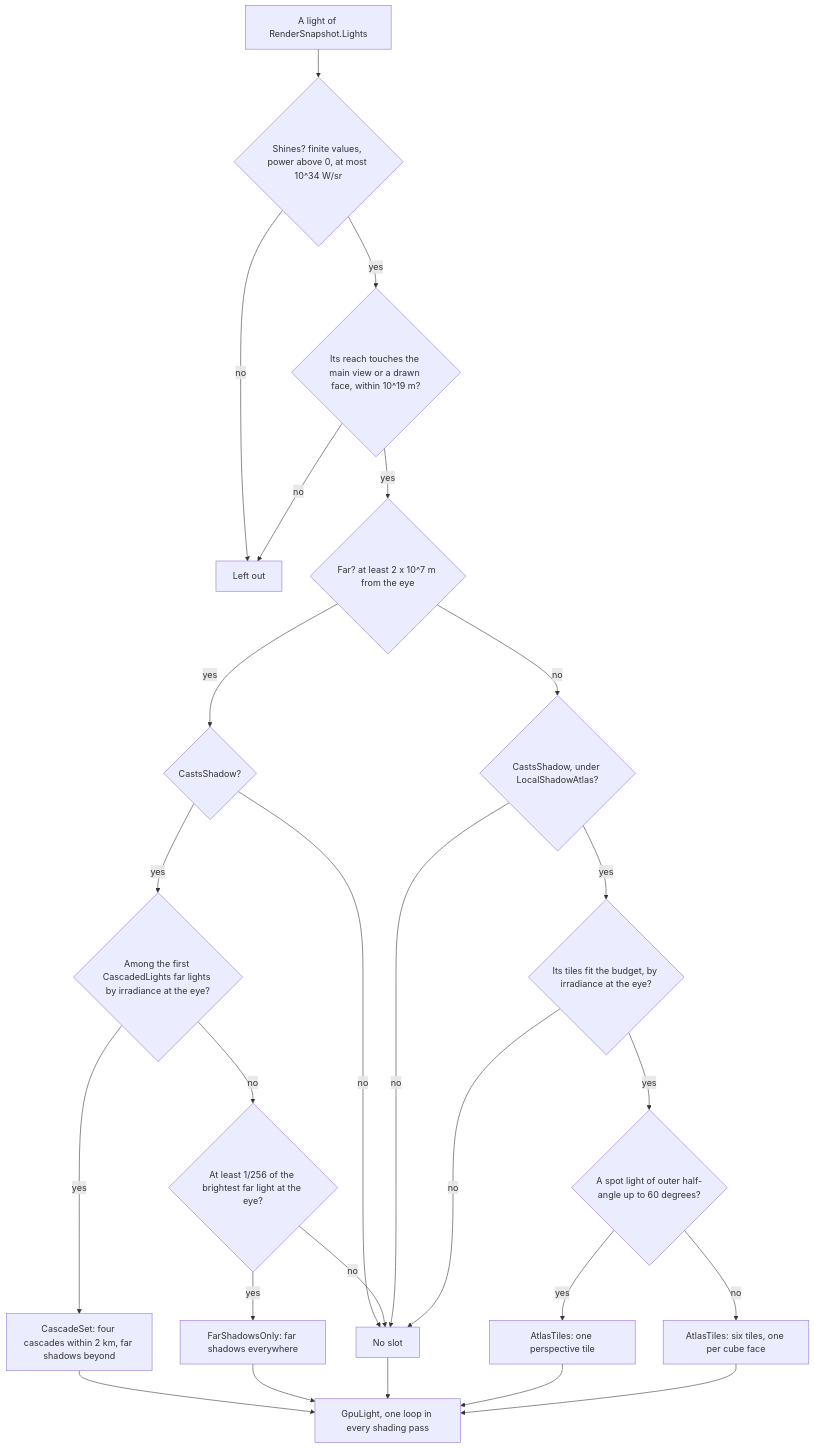
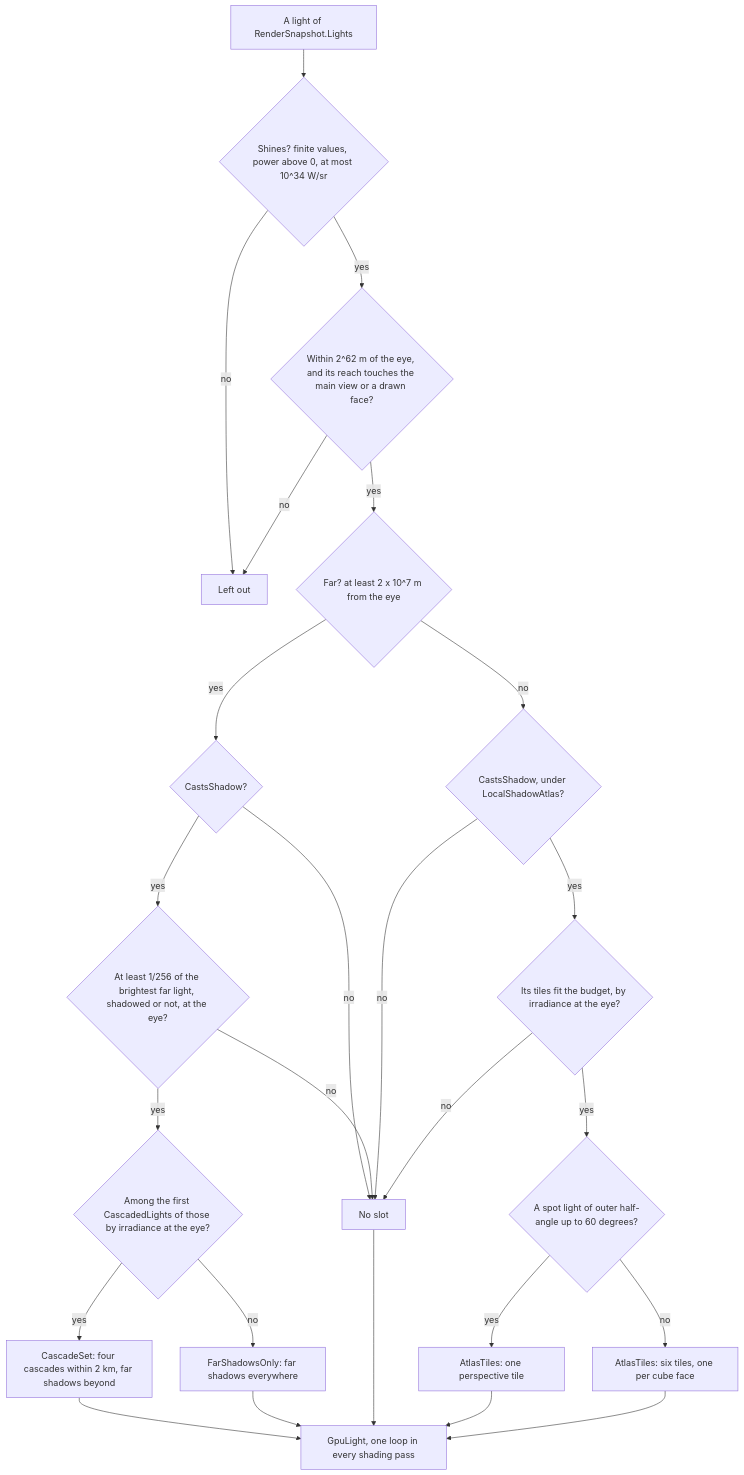
One commit to alexispurslane/tertius changed the diagram in docs/plans/local-light-shadows.md. Above: the diagram before and after it, drawn with Mermaid. The commit also changed other lines of this file and 38 other files, not shown here.

````diff
--- a/docs/plans/local-light-shadows.md
+++ b/docs/plans/local-light-shadows.md
@@ -542,27 +542,27 @@
 ```mermaid
 flowchart TD
     A["A light of RenderSnapshot.Lights"] --> S{"Shines? finite values, power above 0, at most 10^34 W/sr"}
     S -- no --> X["Left out"]
-    S -- yes --> R{"Its reach touches the main view or a drawn face, within 10^19 m?"}
+    S -- yes --> R{"Within 2^62 m of the eye, and its reach touches the main view or a drawn face?"}
     R -- no --> X
     R -- yes --> F{"Far? at least 2 x 10^7 m from the eye"}
     F -- yes --> FC{"CastsShadow?"}
     FC -- no --> N["No slot"]
-    FC -- yes --> FR{"Among the first CascadedLights far lights by irradiance at the eye?"}
+    FC -- yes --> FS{"At least 1/256 of the brightest far light, shadowed or not, at the eye?"}
+    FS -- no --> N
+    FS -- yes --> FR{"Among the first CascadedLights of those by irradiance at the eye?"}
     FR -- yes --> CS["CascadeSet: four cascades within 2 km, far shadows beyond"]
-    FR -- no --> FS{"At least 1/256 of the brightest far light at the eye?"}
-    FS -- yes --> FO["FarShadowsOnly: far shadows everywhere"]
-    FS -- no --> N
+    FR -- no --> FO["FarShadowsOnly: far shadows everywhere"]
     F -- no --> NC{"CastsShadow, under LocalShadowAtlas?"}
     NC -- no --> N
     NC -- yes --> NB{"Its tiles fit the budget, by irradiance at the eye?"}
     NB -- no --> N
     NB -- yes --> NT{"A spot light of outer half-angle up to 60 degrees?"}
     NT -- yes --> T1["AtlasTiles: one perspective tile"]
     NT -- no --> T6["AtlasTiles: six tiles, one per cube face"]
     CS --> G["GpuLight, one loop in every shading pass"]
     FO --> G
     N --> G
     T1 --> G
     T6 --> G
 ```
````
